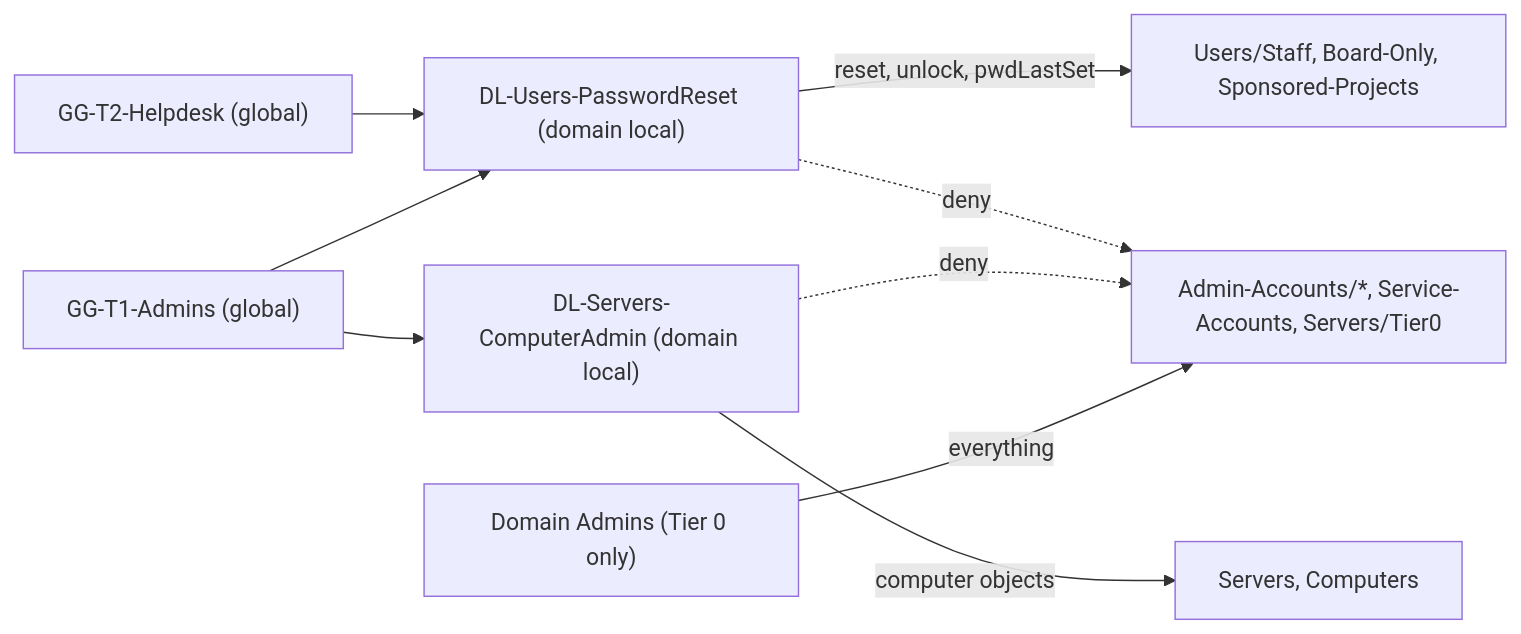
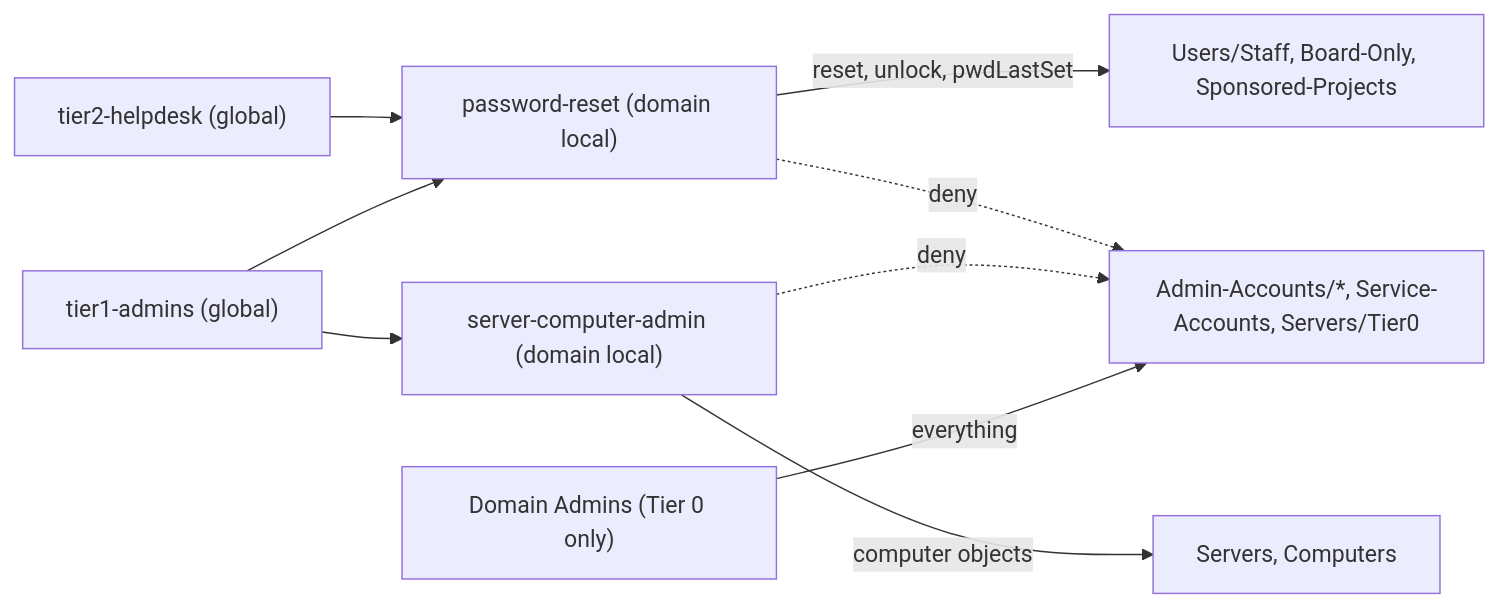
The third of 4 diagrams in ad/README.md (patchworklabsorg/infra), drawn with Mermaid before and after one commit. The commit also changed other lines of this file and 13 other files, not shown here.

````diff
--- a/ad/README.md
+++ b/ad/README.md
@@ -169,11 +170,11 @@
 ```mermaid
 flowchart LR
-  t2["GG-T2-Helpdesk (global)"] --> pr["DL-Users-PasswordReset (domain local)"]
-  t1["GG-T1-Admins (global)"] --> pr
-  t1 --> ca["DL-Servers-ComputerAdmin (domain local)"]
+  t2["tier2-helpdesk (global)"] --> pr["password-reset (domain local)"]
+  t1["tier1-admins (global)"] --> pr
+  t1 --> ca["server-computer-admin (domain local)"]
   pr -- "reset, unlock, pwdLastSet" --> people["Users/Staff, Board-Only, Sponsored-Projects"]
   ca -- "computer objects" --> srv["Servers, Computers"]
   pr -. deny .-> adm["Admin-Accounts/*, Service-Accounts, Servers/Tier0"]
   ca -. deny .-> adm
   da["Domain Admins (Tier 0 only)"] -- "everything" --> adm
 ```
````
